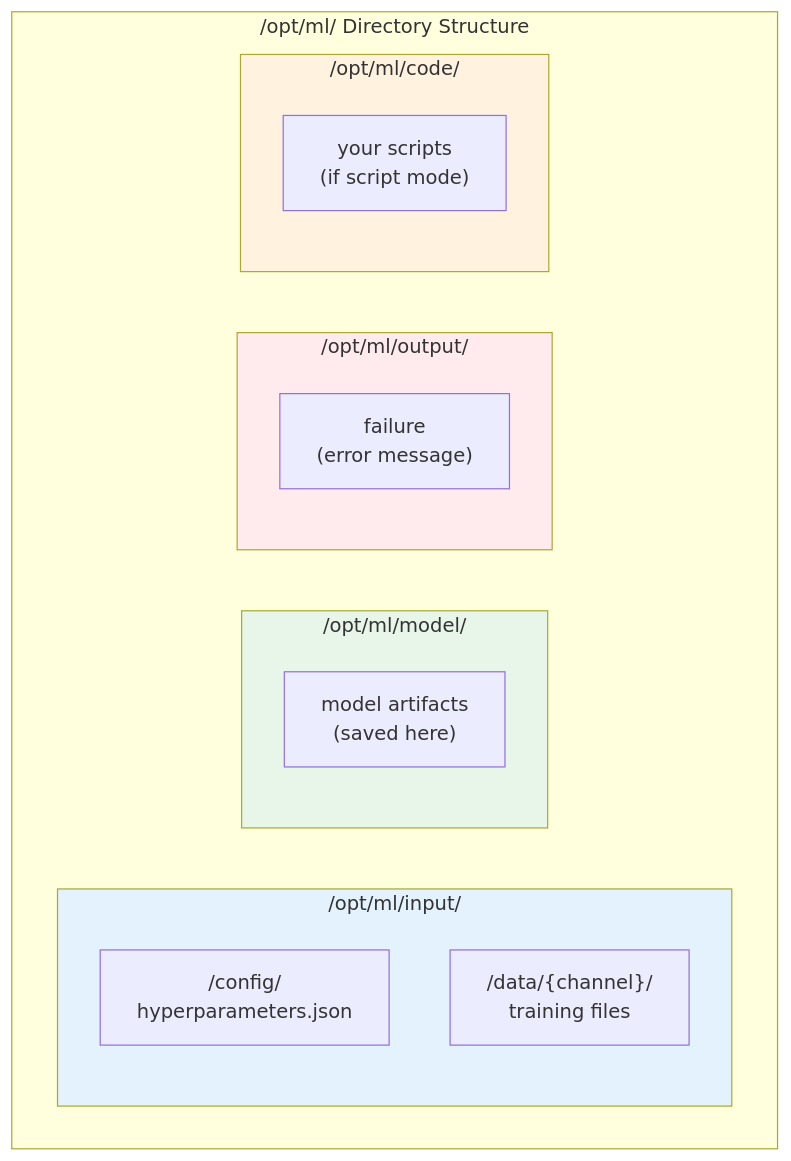
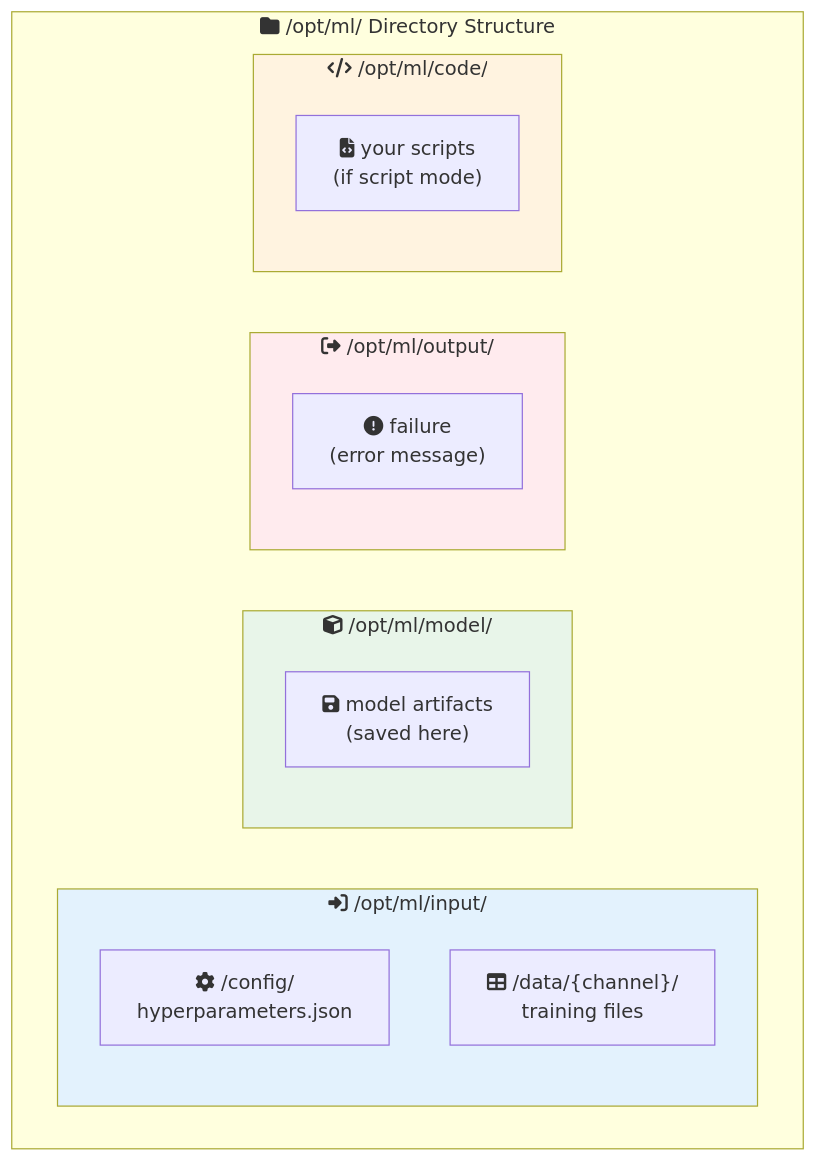
The second of 3 diagrams in aws-ml-associate-prep/08-custom-container-ecr/LAB.md (vinu76jsr/aws-sample-projects), drawn with Mermaid before and after one commit. The commit also changed other lines of this file and 15 other files, not shown here.

First line of the commit message:
Add Font Awesome icons to all Mermaid diagrams

````diff
--- a/aws-ml-associate-prep/08-custom-container-ecr/LAB.md
+++ b/aws-ml-associate-prep/08-custom-container-ecr/LAB.md
@@ -57,26 +57,26 @@
 ```mermaid
 flowchart TB
-    subgraph Container["/opt/ml/ Directory Structure"]
-        subgraph Input["/opt/ml/input/"]
-            Config["/config/<br/>hyperparameters.json"]
-            Data["/data/{channel}/<br/>training files"]
+    subgraph Container["fa:fa-folder /opt/ml/ Directory Structure"]
+        subgraph Input["fa:fa-sign-in-alt /opt/ml/input/"]
+            Config["fa:fa-cog /config/<br/>hyperparameters.json"]
+            Data["fa:fa-table /data/{channel}/<br/>training files"]
         end
 
-        subgraph Model["/opt/ml/model/"]
-            Artifacts["model artifacts<br/>(saved here)"]
+        subgraph Model["fa:fa-cube /opt/ml/model/"]
+            Artifacts["fa:fa-save model artifacts<br/>(saved here)"]
         end
 
-        subgraph Output["/opt/ml/output/"]
-            Failure["failure<br/>(error message)"]
+        subgraph Output["fa:fa-sign-out-alt /opt/ml/output/"]
+            Failure["fa:fa-exclamation-circle failure<br/>(error message)"]
         end
 
-        subgraph Code["/opt/ml/code/"]
-            Scripts["your scripts<br/>(if script mode)"]
+        subgraph Code["fa:fa-code /opt/ml/code/"]
+            Scripts["fa:fa-file-code your scripts<br/>(if script mode)"]
         end
     end
 
     style Input fill:#e3f2fd
     style Model fill:#e8f5e9
     style Output fill:#ffebee
     style Code fill:#fff3e0
 ```
````
